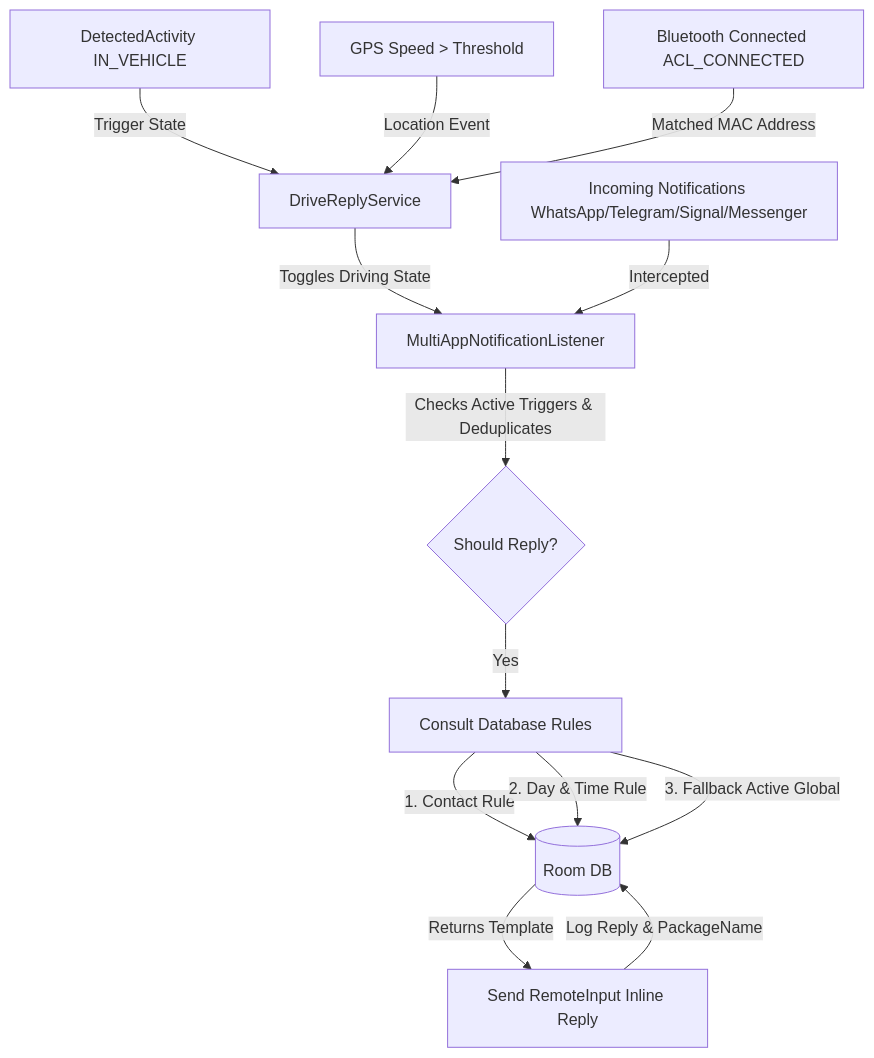
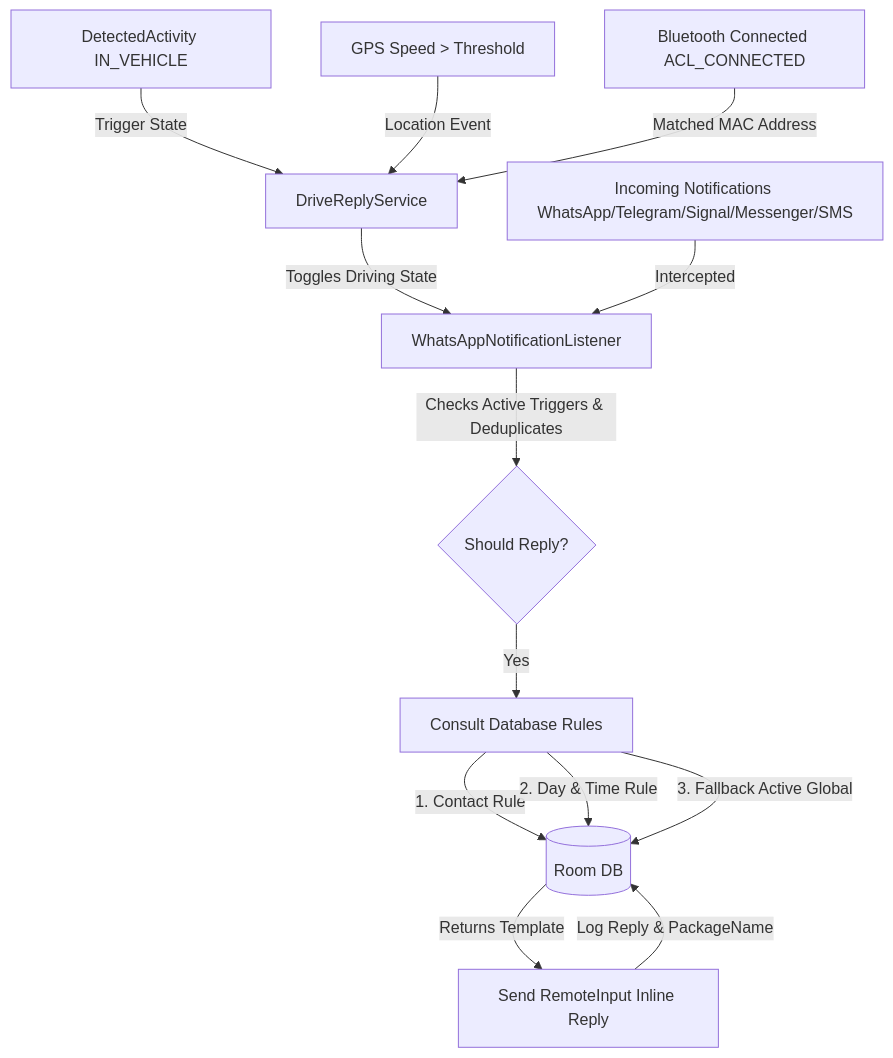
One commit to richiesamlie/DriveReply changed the diagram in README.md. Above: the diagram before and after it, drawn with Mermaid. The commit also changed other lines of this file and 1 other file, not shown here.

Commit message:
Refresh README and architecture docs to match current behavior

````diff
--- a/README.md
+++ b/README.md
@@ -37,17 +43,17 @@
 ```mermaid
 graph TD
     A[DetectedActivity IN_VEHICLE] -->|Trigger State| B[DriveReplyService]
     C[GPS Speed > Threshold] -->|Location Event| B
     D[Bluetooth Connected ACL_CONNECTED] -->|Matched MAC Address| B
     
-    B -->|Toggles Driving State| E[MultiAppNotificationListener]
+    B -->|Toggles Driving State| E[WhatsAppNotificationListener]
     
-    F[Incoming Notifications WhatsApp/Telegram/Signal/Messenger] -->|Intercepted| E
+    F[Incoming Notifications WhatsApp/Telegram/Signal/Messenger/SMS] -->|Intercepted| E
     E -->|Checks Active Triggers & Deduplicates| G{Should Reply?}
     G -->|Yes| H[Consult Database Rules]
     H -->|1. Contact Rule| I[(Room DB)]
     H -->|2. Day & Time Rule| I
     H -->|3. Fallback Active Global| I
     I -->|Returns Template| J[Send RemoteInput Inline Reply]
     J -->|Log Reply & PackageName| I
 ```
````
